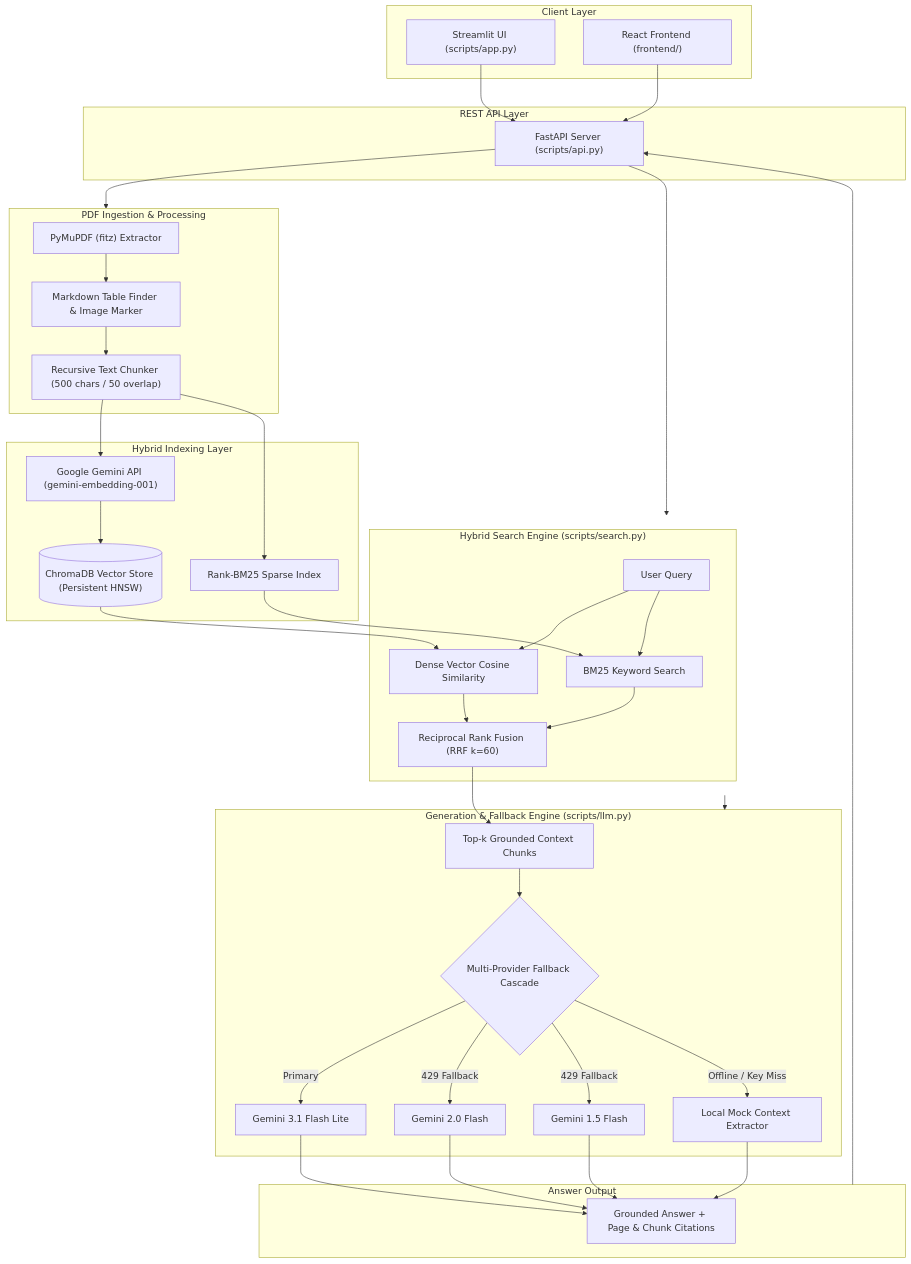
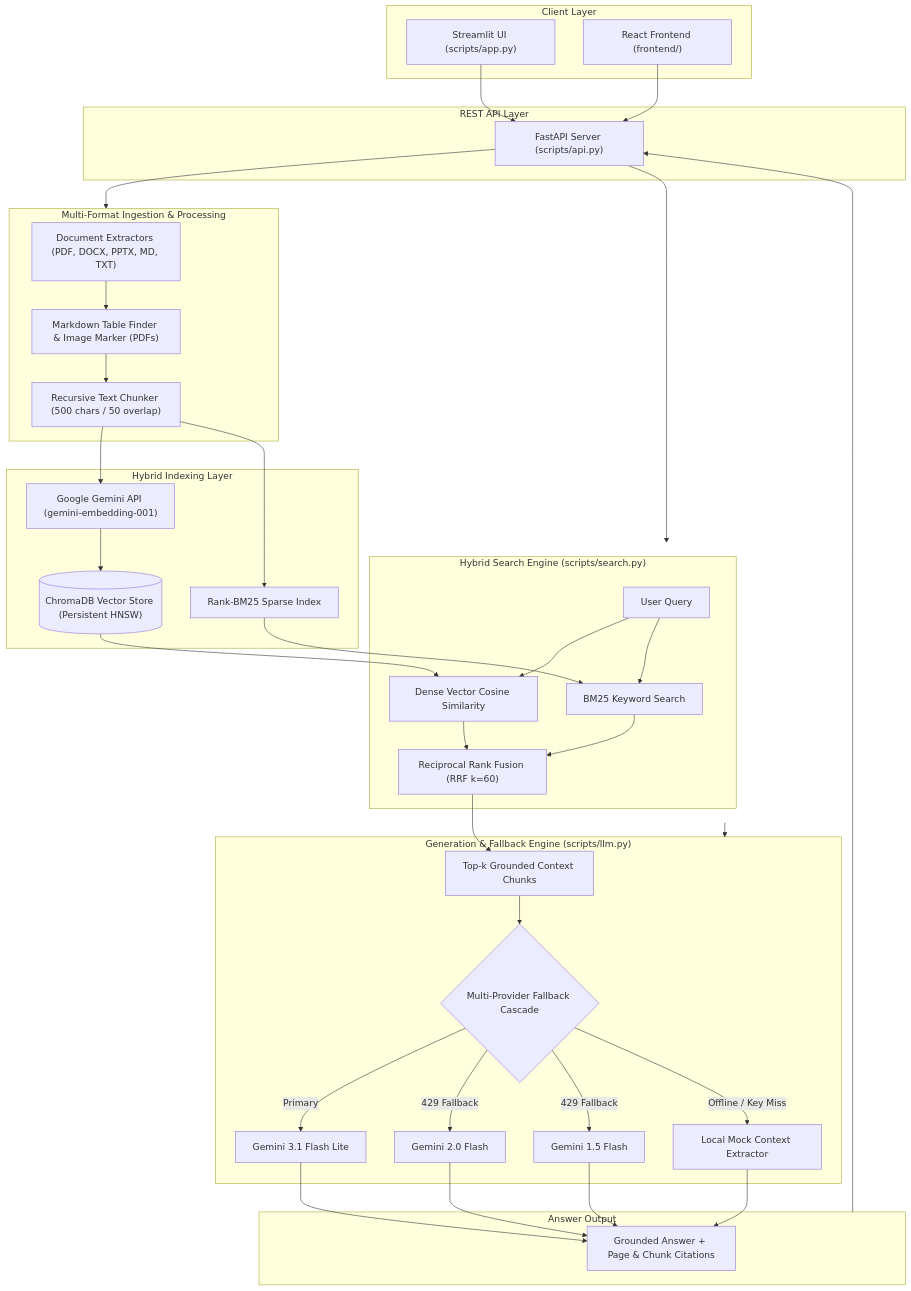
Before and after one commit to prsdx/platewise-rag: the diagram in README.md, drawn with Mermaid. The commit also changed other lines of this file and 6 other files, not shown here.

Commit message:
docs: update multi-format support, correct Gemini model refs, add MIT LICENSE, mark all milestones done

````diff
--- a/README.md
+++ b/README.md
@@ -48,63 +50,63 @@
 ```mermaid
 flowchart TD
     subgraph Client ["Client Layer"]
         StreamlitUI["Streamlit UI (scripts/app.py)"]
         ReactUI["React Frontend (frontend/)"]
     end
 
     subgraph API ["REST API Layer"]
         FastAPIApp["FastAPI Server (scripts/api.py)"]
     end
 
-    subgraph Ingestion ["PDF Ingestion & Processing"]
-        PyMuPDFParser["PyMuPDF (fitz) Extractor"]
-        TableImageProc["Markdown Table Finder & Image Marker"]
+    subgraph Ingestion ["Multi-Format Ingestion & Processing"]
+        DocExtractors["Document Extractors (PDF, DOCX, PPTX, MD, TXT)"]
+        TableImageProc["Markdown Table Finder & Image Marker (PDFs)"]
         Chunker["Recursive Text Chunker (500 chars / 50 overlap)"]
-        PyMuPDFParser --> TableImageProc --> Chunker
+        DocExtractors --> TableImageProc --> Chunker
     end
 
     subgraph Storage ["Hybrid Indexing Layer"]
         DenseEmbed["Google Gemini API (gemini-embedding-001)"]
         ChromaDBStore[("ChromaDB Vector Store (Persistent HNSW)")]
         BM25Index["Rank-BM25 Sparse Index"]
         Chunker --> DenseEmbed --> ChromaDBStore
         Chunker --> BM25Index
     end
 
     subgraph Search ["Hybrid Search Engine (scripts/search.py)"]
         UserQuery["User Query"]
         DenseSearch["Dense Vector Cosine Similarity"]
         SparseSearch["BM25 Keyword Search"]
         RRFEngine["Reciprocal Rank Fusion (RRF k=60)"]
         
         UserQuery --> DenseSearch
         UserQuery --> SparseSearch
         ChromaDBStore --> DenseSearch
         BM25Index --> SparseSearch
         DenseSearch --> RRFEngine
         SparseSearch --> RRFEngine
     end
 
     subgraph LLM ["Generation & Fallback Engine (scripts/llm.py)"]
         RRFEngine --> GroundedContext["Top-k Grounded Context Chunks"]
         GroundedContext --> FallbackCascade{"Multi-Provider Fallback Cascade"}
         FallbackCascade -->|Primary| Gem31Lite["Gemini 3.1 Flash Lite"]
         FallbackCascade -->|429 Fallback| Gem2Flash["Gemini 2.0 Flash"]
         FallbackCascade -->|429 Fallback| Gem15Flash["Gemini 1.5 Flash"]
         FallbackCascade -->|Offline / Key Miss| OfflineMock["Local Mock Context Extractor"]
     end
 
     subgraph Output ["Answer Output"]
         Gem31Lite --> FinalAns["Grounded Answer + Page & Chunk Citations"]
         Gem2Flash --> FinalAns
         Gem15Flash --> FinalAns
         OfflineMock --> FinalAns
     end
 
     StreamlitUI --> FastAPIApp
     ReactUI --> FastAPIApp
     FastAPIApp --> Ingestion
     FastAPIApp --> Search
     Search --> LLM
     Output --> FastAPIApp
 ```
````
